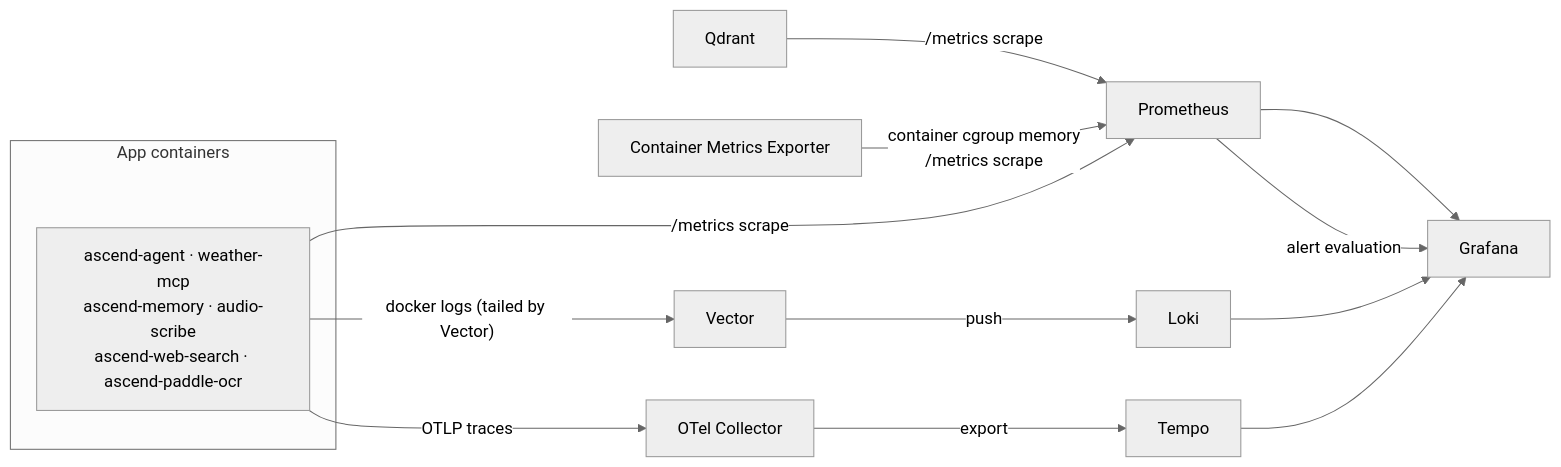
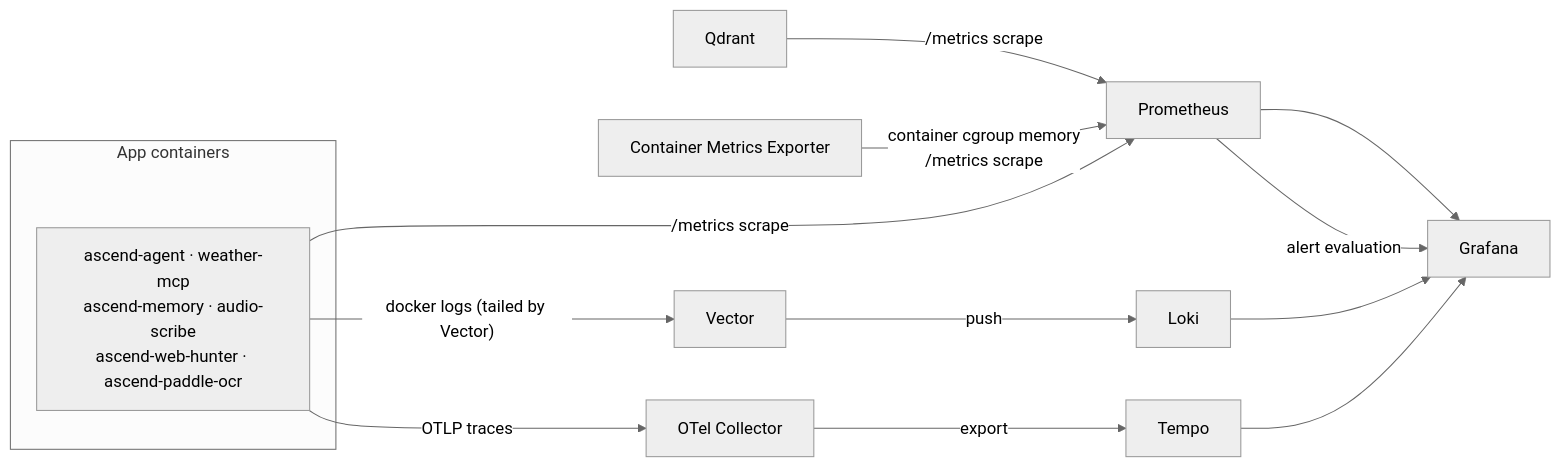
The diagram in infra/observability/README.md (Lukk17/AscendAI), drawn with Mermaid (neutral theme) before and after one commit. The commit also changed other lines of this file and 422 other files, not shown here.

````diff
--- a/infra/observability/README.md
+++ b/infra/observability/README.md
@@ -15,21 +15,21 @@
 ```mermaid
 graph LR
     subgraph "App containers"
-        SVC["ascend-agent · weather-mcp<br/>ascend-memory · audio-scribe<br/>ascend-web-search · ascend-paddle-ocr"]
+        SVC["ascend-agent · weather-mcp<br/>ascend-memory · audio-scribe<br/>ascend-web-hunter · ascend-paddle-ocr"]
     end
 
     SVC -->|"/metrics scrape"| PROM["Prometheus"]
     QD["Qdrant"] -->|"/metrics scrape"| PROM
     CADV["Container Metrics Exporter"] -->|"container cgroup memory<br/>/metrics scrape"| PROM
 
     SVC -->|"docker logs (tailed by Vector)"| VEC["Vector"]
     VEC -->|"push"| LOKI["Loki"]
 
     SVC -->|"OTLP traces"| OTEL["OTel Collector"]
     OTEL -->|"export"| TEMPO["Tempo"]
 
     PROM --> GRAF["Grafana"]
     LOKI --> GRAF
     TEMPO --> GRAF
     PROM -->|"alert evaluation"| GRAF
 ```
````
